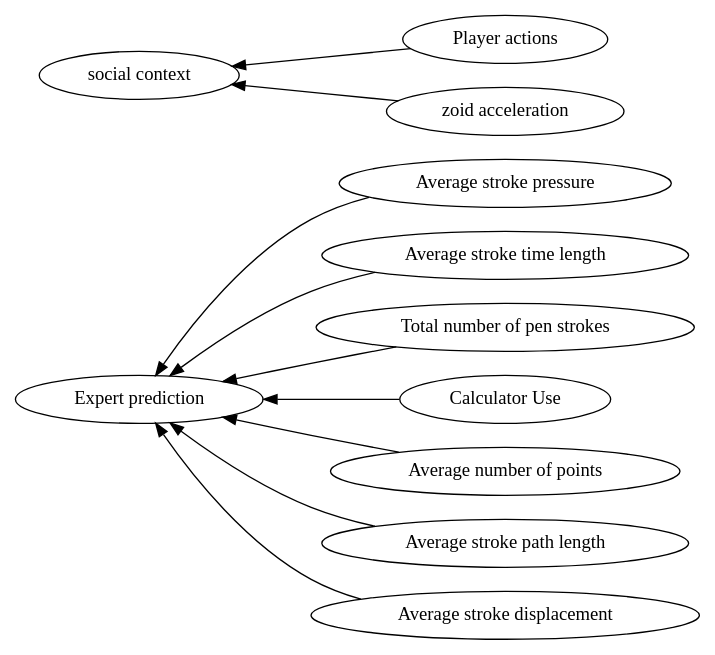
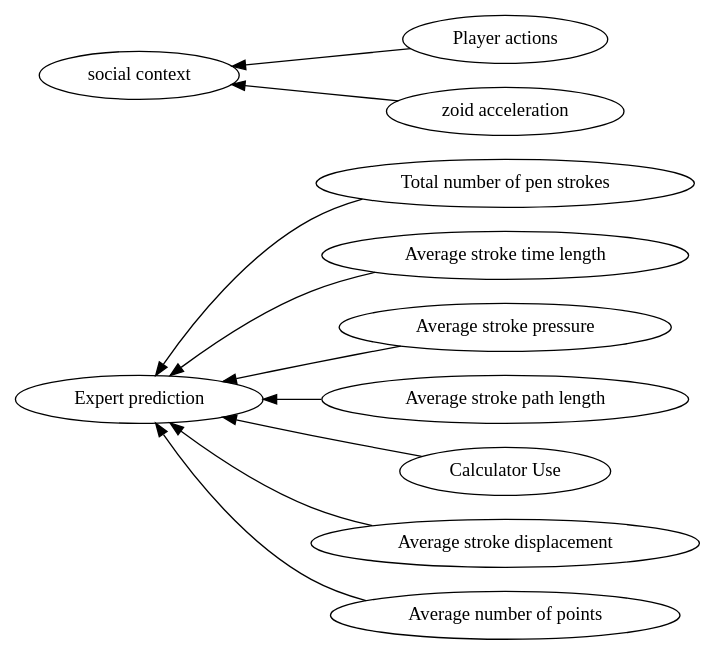
One commit to hgse-schneider/mmca changed the diagram in graphviz/Log Data -> group composition.gv. Above: the diagram before and after it, drawn with Graphviz. The commit also changed 174 other files, not shown here.

```diff
--- a/graphviz/Log Data -> group composition.gv
+++ b/graphviz/Log Data -> group composition.gv
@@ -1,26 +1,26 @@
 digraph Test {
 	rankdir=RL
 	size="15,15"
 	overlap=false
 	splines=true
-	{rank=same; "Average stroke pressure" "Average stroke time length" "Player actions" "Total number of pen strokes" "Calculator Use" "Average number of points" "Average stroke path length" "Average stroke displacement" "zoid acceleration";}
+	{rank=same; "Total number of pen strokes" "Player actions" "Average stroke time length" "zoid acceleration" "Average stroke pressure" "Average stroke path length" "Calculator Use" "Average stroke displacement" "Average number of points";}
 	{rank=same; "social context" "Expert prediction";}
-	"Calculator Use" [href="https://scholar.google.com/scholar?hl=en&q=An%20Interactive%20Table%20for%20Supporting%20Participation%20Balance%20in%20Face-to-Face%20Collaborative%20Learning"]
+	"Calculator Use" [href="https://scholar.google.com/scholar?hl=en&q=Expertise%20estimation%20based%20on%20simple%20multimodal%20features"]
 	"Calculator Use" -> "Expert prediction"
-	"Total number of pen strokes" [href="https://scholar.google.com/scholar?hl=en&q=An%20Interactive%20Table%20for%20Supporting%20Participation%20Balance%20in%20Face-to-Face%20Collaborative%20Learning"]
+	"Total number of pen strokes" [href="https://scholar.google.com/scholar?hl=en&q=Expertise%20estimation%20based%20on%20simple%20multimodal%20features"]
 	"Total number of pen strokes" -> "Expert prediction"
-	"Average number of points" [href="https://scholar.google.com/scholar?hl=en&q=An%20Interactive%20Table%20for%20Supporting%20Participation%20Balance%20in%20Face-to-Face%20Collaborative%20Learning"]
+	"Average number of points" [href="https://scholar.google.com/scholar?hl=en&q=Expertise%20estimation%20based%20on%20simple%20multimodal%20features"]
 	"Average number of points" -> "Expert prediction"
-	"Average stroke time length" [href="https://scholar.google.com/scholar?hl=en&q=An%20Interactive%20Table%20for%20Supporting%20Participation%20Balance%20in%20Face-to-Face%20Collaborative%20Learning"]
+	"Average stroke time length" [href="https://scholar.google.com/scholar?hl=en&q=Expertise%20estimation%20based%20on%20simple%20multimodal%20features"]
 	"Average stroke time length" -> "Expert prediction"
-	"Average stroke path length" [href="https://scholar.google.com/scholar?hl=en&q=An%20Interactive%20Table%20for%20Supporting%20Participation%20Balance%20in%20Face-to-Face%20Collaborative%20Learning"]
+	"Average stroke path length" [href="https://scholar.google.com/scholar?hl=en&q=Expertise%20estimation%20based%20on%20simple%20multimodal%20features"]
 	"Average stroke path length" -> "Expert prediction"
-	"Average stroke displacement" [href="https://scholar.google.com/scholar?hl=en&q=An%20Interactive%20Table%20for%20Supporting%20Participation%20Balance%20in%20Face-to-Face%20Collaborative%20Learning"]
+	"Average stroke displacement" [href="https://scholar.google.com/scholar?hl=en&q=Expertise%20estimation%20based%20on%20simple%20multimodal%20features"]
 	"Average stroke displacement" -> "Expert prediction"
-	"Average stroke pressure" [href="https://scholar.google.com/scholar?hl=en&q=An%20Interactive%20Table%20for%20Supporting%20Participation%20Balance%20in%20Face-to-Face%20Collaborative%20Learning"]
+	"Average stroke pressure" [href="https://scholar.google.com/scholar?hl=en&q=Expertise%20estimation%20based%20on%20simple%20multimodal%20features"]
 	"Average stroke pressure" -> "Expert prediction"
-	"Player actions" [href="https://scholar.google.com/scholar?hl=en&q=An%20Interactive%20Table%20for%20Supporting%20Participation%20Balance%20in%20Face-to-Face%20Collaborative%20Learning"]
+	"Player actions" [href="https://scholar.google.com/scholar?hl=en&q=Gaze%20quality%20assisted%20automatic%20recognition%20of%20social%20contexts%20in%20collaborative%20Tetris"]
 	"Player actions" -> "social context"
-	"zoid acceleration" [href="https://scholar.google.com/scholar?hl=en&q=An%20Interactive%20Table%20for%20Supporting%20Participation%20Balance%20in%20Face-to-Face%20Collaborative%20Learning"]
+	"zoid acceleration" [href="https://scholar.google.com/scholar?hl=en&q=Gaze%20quality%20assisted%20automatic%20recognition%20of%20social%20contexts%20in%20collaborative%20Tetris"]
 	"zoid acceleration" -> "social context"
 }
```
